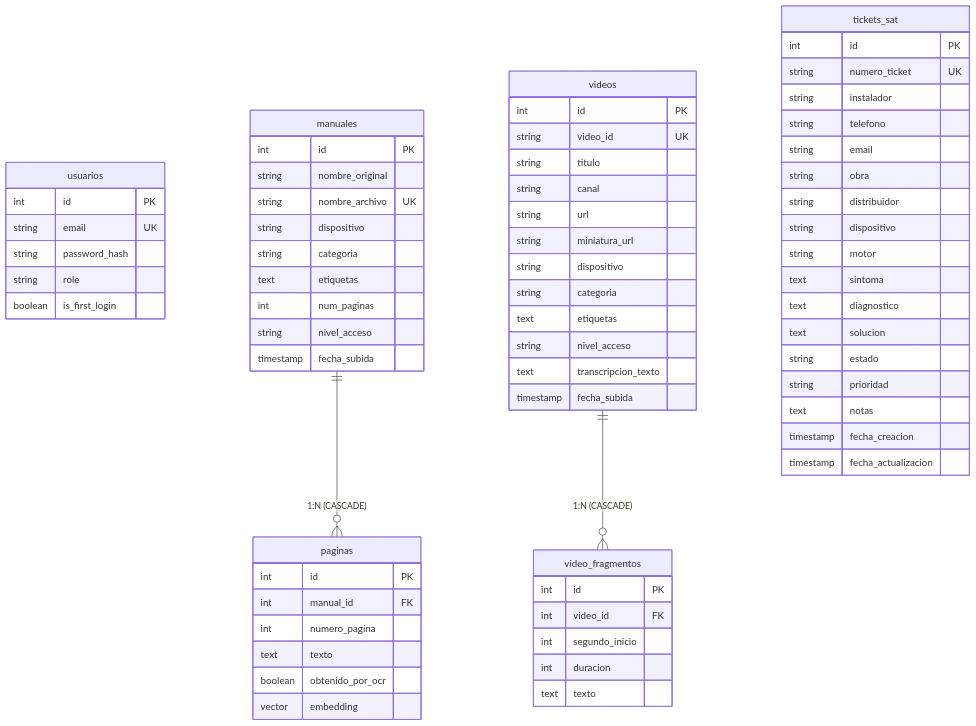
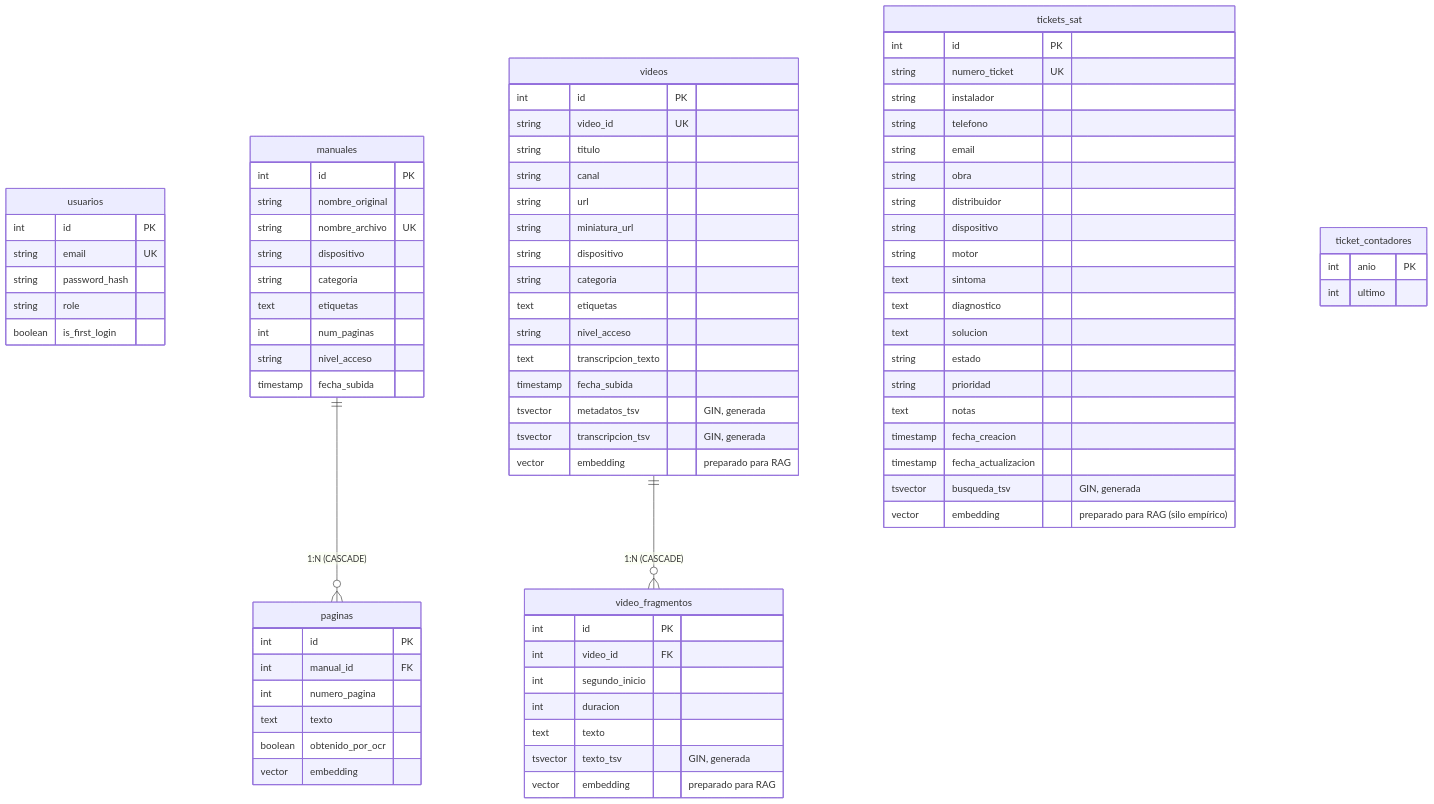
Before and after one commit to davidiotfenster-dev/buscador-manuales: the third of 3 diagrams in DOCUMENTACION_SISTEMA.md, drawn with Mermaid. The commit also changed other lines of this file and 3 other files, not shown here.

```diff
--- a/DOCUMENTACION_SISTEMA.md
+++ b/DOCUMENTACION_SISTEMA.md
@@ -340,6 +346,9 @@
         string nivel_acceso
         text transcripcion_texto
         timestamp fecha_subida
+        tsvector metadatos_tsv "GIN, generada"
+        tsvector transcripcion_tsv "GIN, generada"
+        vector embedding "preparado para RAG"
     }
 
     video_fragmentos {
@@ -348,6 +357,8 @@
         int segundo_inicio
         int duracion
         text texto
+        tsvector texto_tsv "GIN, generada"
+        vector embedding "preparado para RAG"
     }
 
     tickets_sat {
@@ -368,6 +379,13 @@
         text notas
         timestamp fecha_creacion
         timestamp fecha_actualizacion
+        tsvector busqueda_tsv "GIN, generada"
+        vector embedding "preparado para RAG (silo empírico)"
+    }
+
+    ticket_contadores {
+        int anio PK
+        int ultimo
     }
 
     manuales ||--o{ paginas : "1:N (CASCADE)"
```
